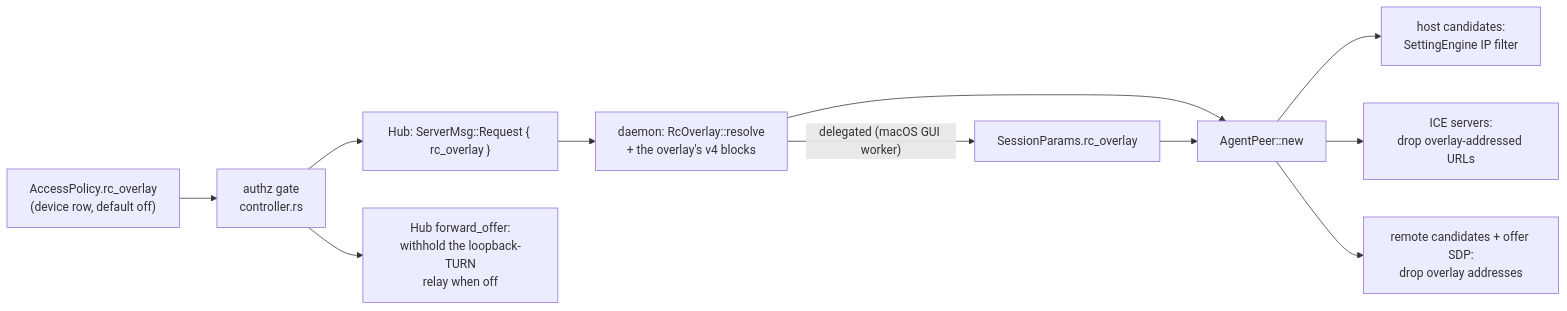
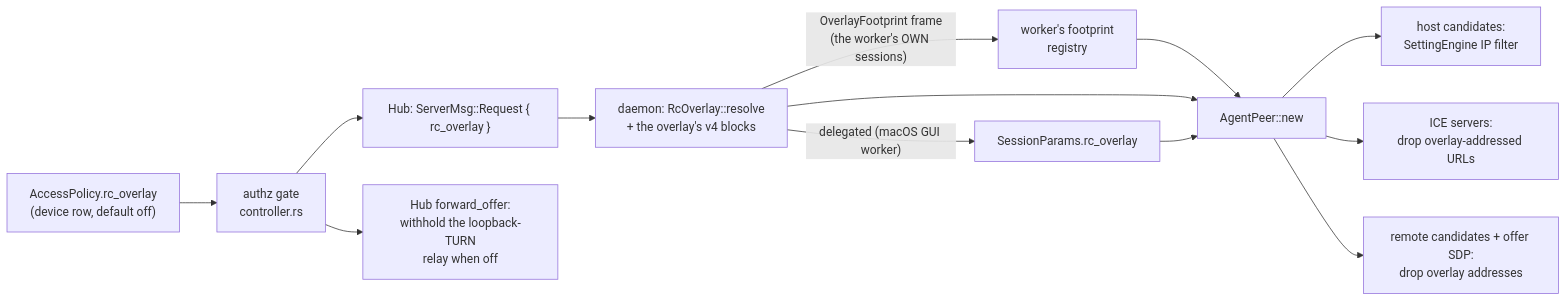
One commit to gjovanov/roomler-ai changed the third of 10 diagrams in docs/remote-control.md. Above: the diagram before and after it, drawn with Mermaid. The commit also changed other lines of this file and 4 other files, not shown here.

````diff
--- a/docs/remote-control.md
+++ b/docs/remote-control.md
@@ -213,13 +213,15 @@
 ```mermaid
 flowchart LR
     P["AccessPolicy.rc_overlay<br/>(device row, default off)"] --> G["authz gate<br/>controller.rs"]
     G --> H["Hub: ServerMsg::Request { rc_overlay }"]
     G --> W["Hub forward_offer:<br/>withhold the loopback-TURN<br/>relay when off"]
     H --> D["daemon: RcOverlay::resolve<br/>+ the overlay's v4 blocks"]
     D -->|"delegated (macOS GUI worker)"| S["SessionParams.rc_overlay"]
+    D -->|"OverlayFootprint frame<br/>(the worker's OWN sessions)"| R["worker's footprint<br/>registry"]
+    R --> A
     D --> A["AgentPeer::new"]
     S --> A
     A --> F1["host candidates:<br/>SettingEngine IP filter"]
     A --> F2["ICE servers:<br/>drop overlay-addressed URLs"]
     A --> F3["remote candidates + offer SDP:<br/>drop overlay addresses"]
 ```
````
